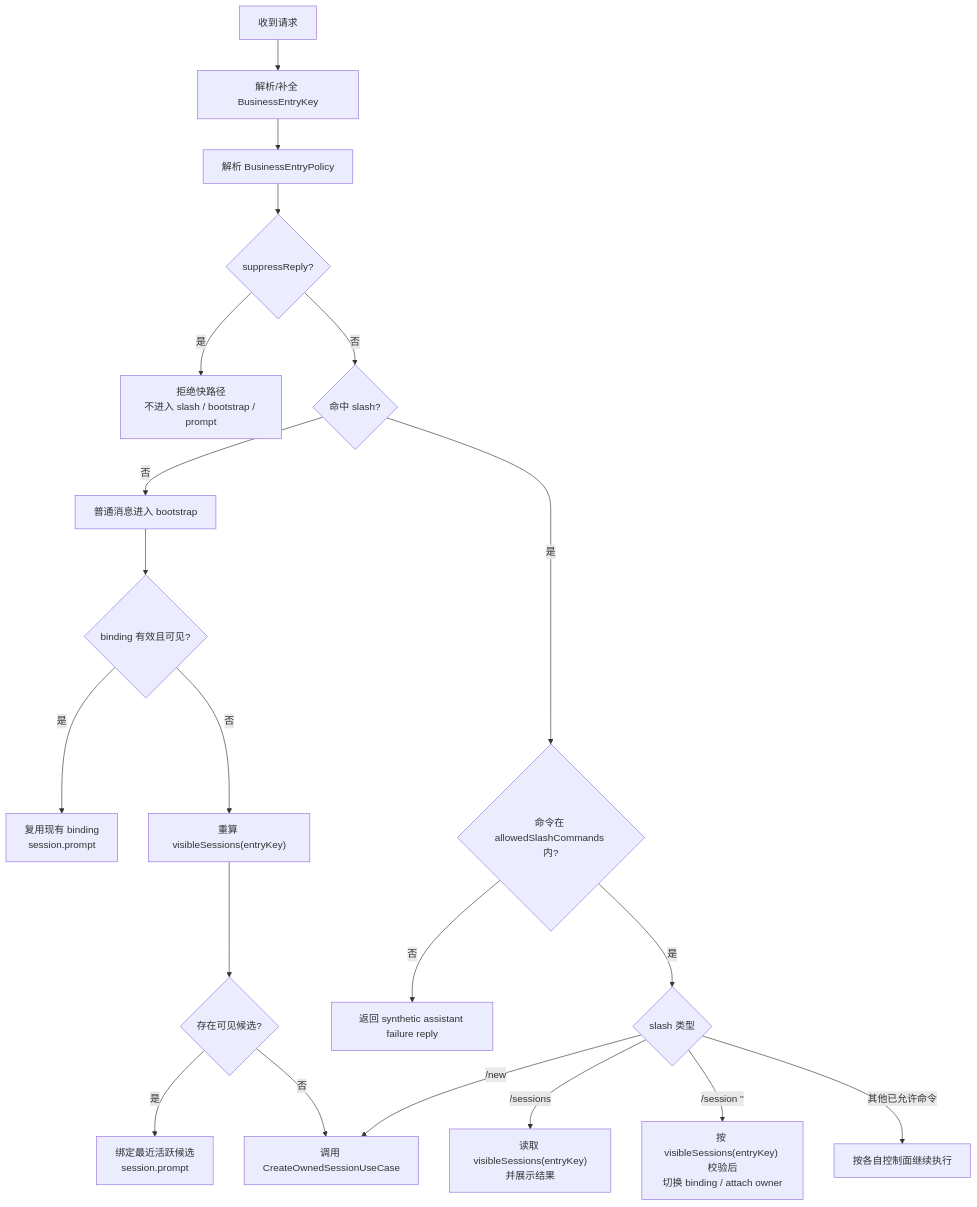
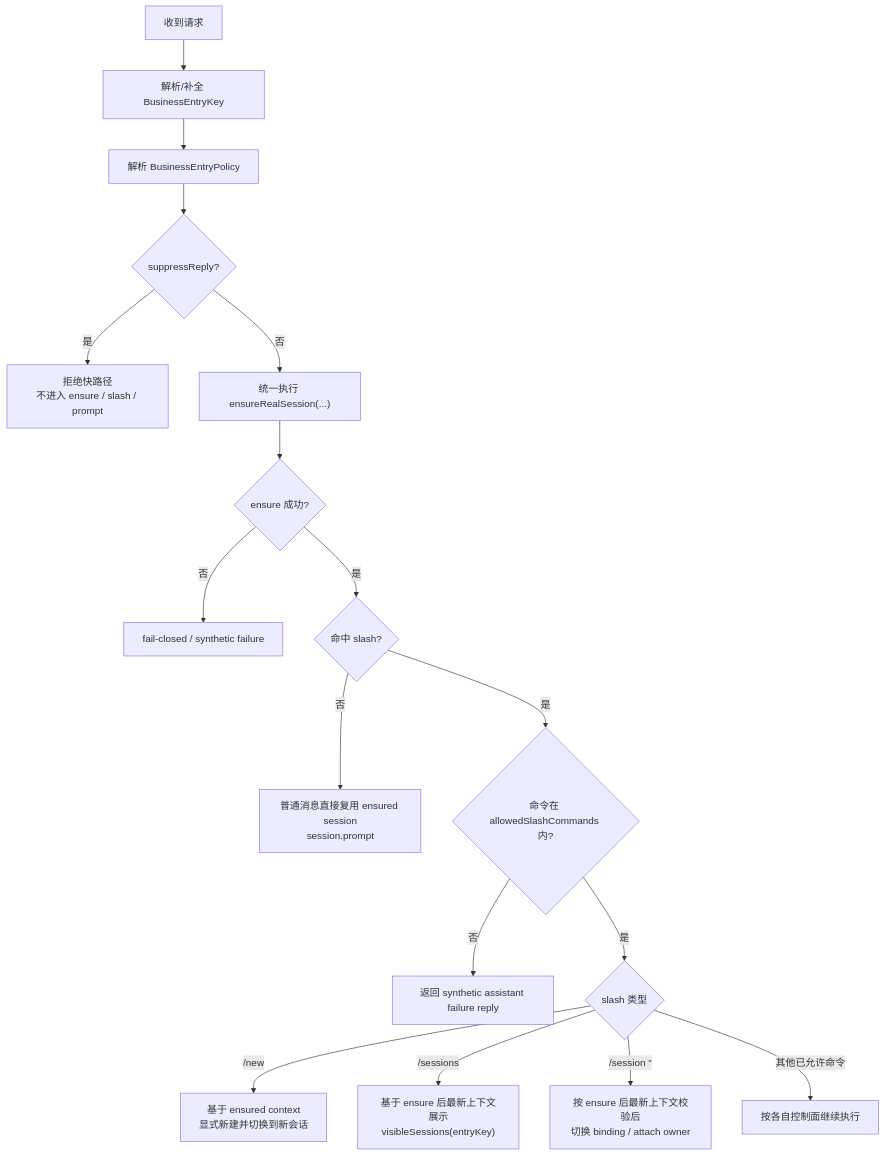
The fourth of 21 diagrams in docs/design/message-bridge-opencode-session-isolation-solution.md (yuzhangCZ/agent-plugin), drawn with Mermaid before and after one commit. The commit also changed other lines of this file and 12 other files, not shown here.

Commit message:
fix: 修正 message-bridge session isolation ensure 语义

````diff
--- a/docs/design/message-bridge-opencode-session-isolation-solution.md
+++ b/docs/design/message-bridge-opencode-session-isolation-solution.md
@@ -608,25 +626,22 @@
 ```mermaid
 flowchart TD
   Start["收到请求"] --> Entry["解析/补全 BusinessEntryKey"]
   Entry --> Policy["解析 BusinessEntryPolicy"]
   Policy --> Suppress{"suppressReply?"}
 
-  Suppress -- 是 --> Reject["拒绝快路径<br/>不进入 slash / bootstrap / prompt"]
-  Suppress -- 否 --> Slash{"命中 slash?"}
+  Suppress -- 是 --> Reject["拒绝快路径<br/>不进入 ensure / slash / prompt"]
+  Suppress -- 否 --> Ensure["统一执行 ensureRealSession(...)"]
+  Ensure --> EnsureFail{"ensure 成功?"}
+  EnsureFail -- 否 --> Fail["fail-closed / synthetic failure"]
+  EnsureFail -- 是 --> Slash{"命中 slash?"}
 
-  Slash -- 否 --> Bootstrap["普通消息进入 bootstrap"]
-  Bootstrap --> Binding{"binding 有效且可见?"}
-  Binding -- 是 --> PromptBound["复用现有 binding<br/>session.prompt"]
-  Binding -- 否 --> Visible["重算 visibleSessions(entryKey)"]
-  Visible --> Candidate{"存在可见候选?"}
-  Candidate -- 是 --> PromptReuse["绑定最近活跃候选<br/>session.prompt"]
-  Candidate -- 否 --> Create["调用 CreateOwnedSessionUseCase"]
+  Slash -- 否 --> PromptBound["普通消息直接复用 ensured session<br/>session.prompt"]
 
   Slash -- 是 --> Gate{"命令在 allowedSlashCommands 内?"}
   Gate -- 否 --> Deny["返回 synthetic assistant failure reply"]
   Gate -- 是 --> Command{"slash 类型"}
-  Command -- /new --> Create
-  Command -- /sessions --> Sessions["读取 visibleSessions(entryKey)<br/>并展示结果"]
-  Command -- /session '<sessionId>' --> Switch["按 visibleSessions(entryKey) 校验后<br/>切换 binding / attach owner"]
+  Command -- /new --> New["基于 ensured context<br/>显式新建并切换到新会话"]
+  Command -- /sessions --> Sessions["基于 ensure 后最新上下文展示<br/>visibleSessions(entryKey)"]
+  Command -- /session '<sessionId>' --> Switch["按 ensure 后最新上下文校验后<br/>切换 binding / attach owner"]
   Command -- 其他已允许命令 --> Other["按各自控制面继续执行"]
 ```
````
